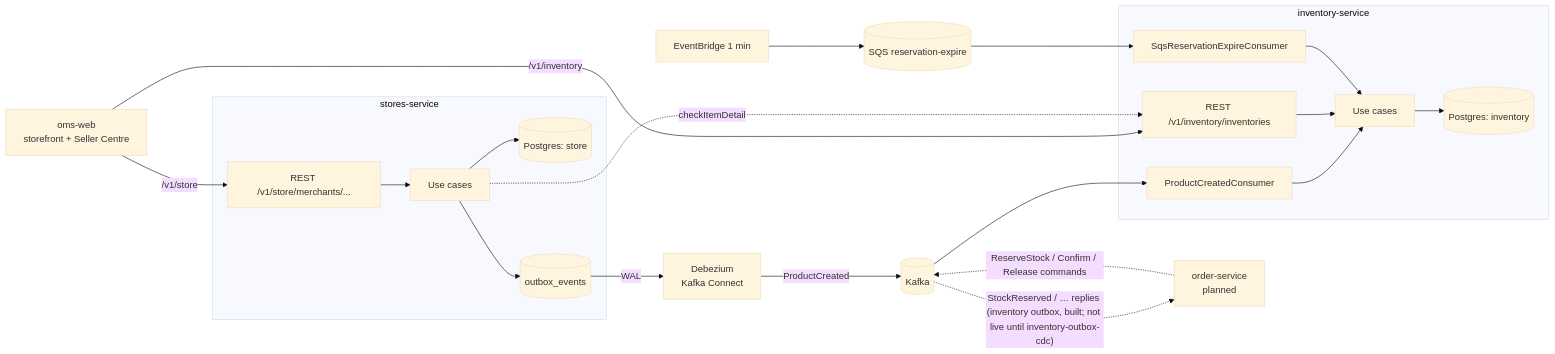
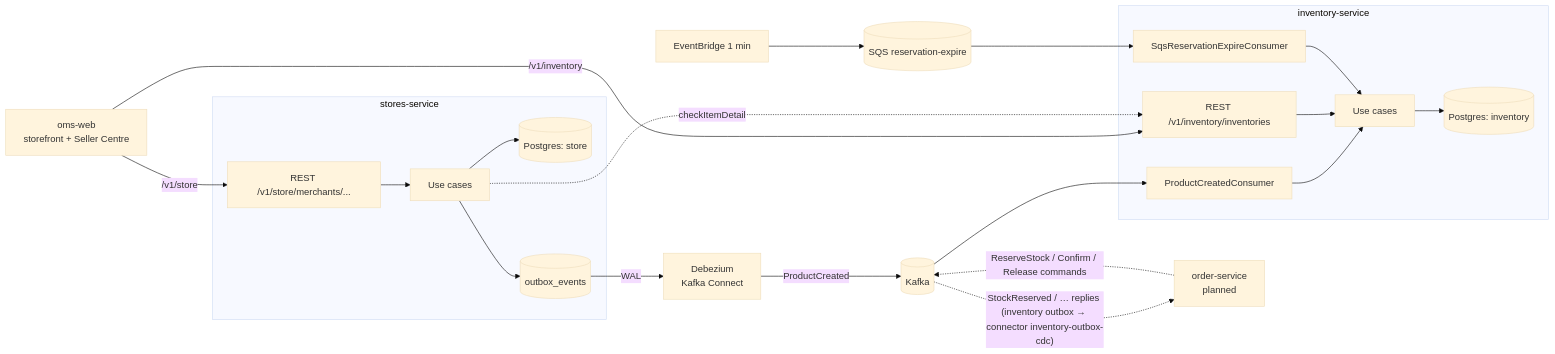
One commit to domt97/oms-workspace changed the diagram in architecture/system-overview.md. Above: the diagram before and after it, drawn with Mermaid (base theme). The commit also changed 10 other files, not shown here.

First line of the commit message:
docs: inventory-outbox-cdc connector (development#7)

````diff
--- a/architecture/system-overview.md
+++ b/architecture/system-overview.md
@@ -3,23 +3,23 @@
 ```mermaid
 flowchart LR
     subgraph stores-service
         SAPI[REST /v1/store/merchants/...] --> SUC[Use cases]
         SUC --> SDB[(Postgres: store)]
         SUC --> OB[(outbox_events)]
     end
     OB -- WAL --> DBZ[Debezium<br/>Kafka Connect]
     DBZ -- ProductCreated --> K[(Kafka)]
     K --> PC[ProductCreatedConsumer]
     subgraph inventory-service
         PC --> IUC[Use cases]
         IAPI[REST /v1/inventory/inventories] --> IUC
         SQS[SqsReservationExpireConsumer] --> IUC
         IUC --> IDB[(Postgres: inventory)]
     end
     EB[EventBridge 1 min] --> Q[(SQS reservation-expire)] --> SQS
     ORD[order-service<br/>planned] -. ReserveStock / Confirm / Release commands .-> K
-    K -. StockReserved / … replies (inventory outbox, built; not live until inventory-outbox-cdc) .-> ORD
+    K -. StockReserved / … replies (inventory outbox → connector inventory-outbox-cdc) .-> ORD
     WEB[oms-web<br/>storefront + Seller Centre] -- /v1/store --> SAPI
     WEB -- /v1/inventory --> IAPI
     SUC -. checkItemDetail .-> IAPI
 ```
````
